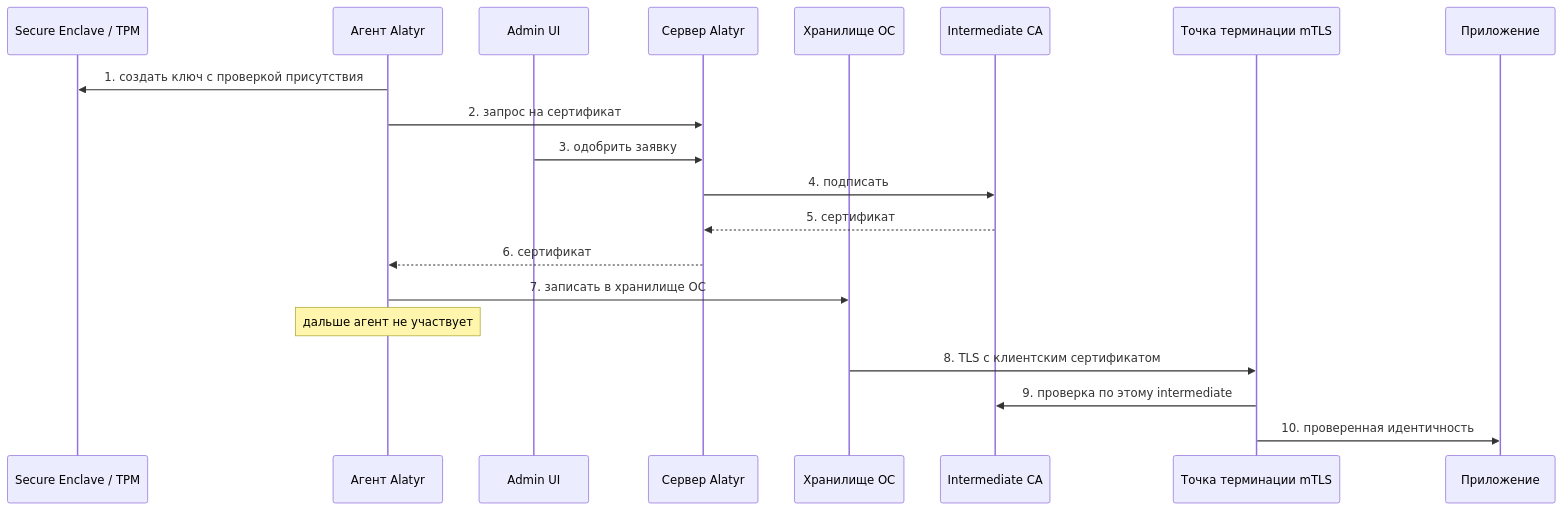
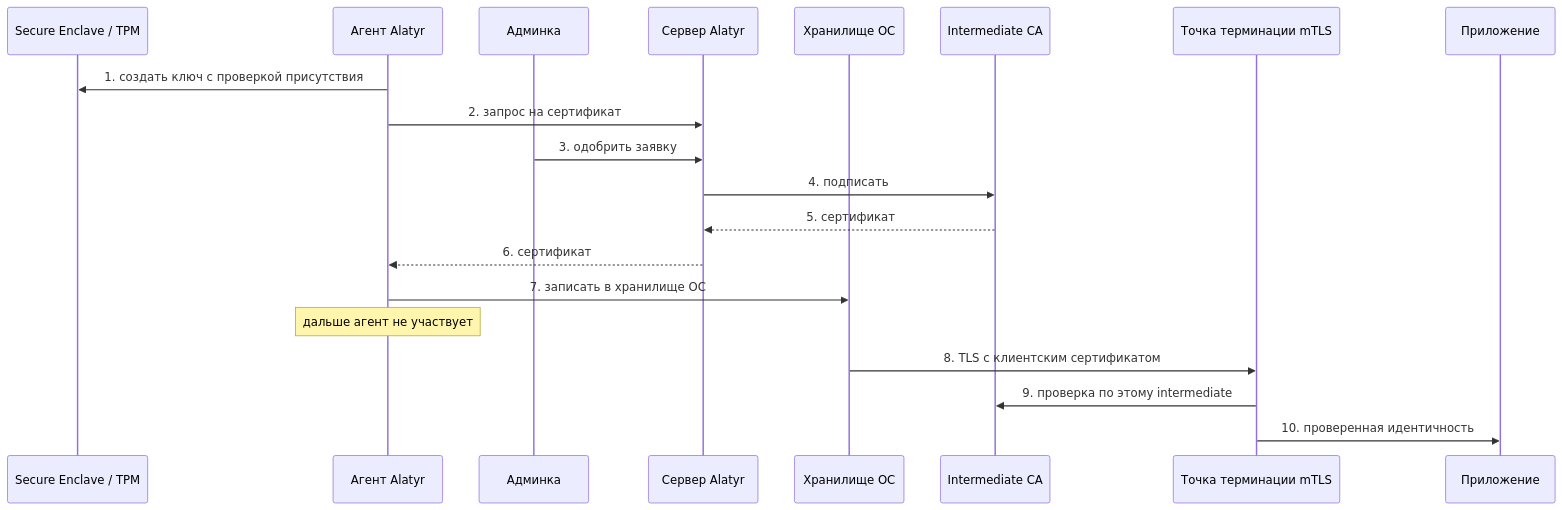
One commit to s3m4rgl/alatyr-docs changed the fourth of 9 diagrams in docs/use-cases.md. Above: the diagram before and after it, drawn with Mermaid. The commit also changed other lines of this file and 6 other files, not shown here.

````diff
--- a/docs/use-cases.md
+++ b/docs/use-cases.md
@@ -219,23 +231,23 @@
 ```mermaid
 sequenceDiagram
     participant HW as Secure Enclave / TPM
     participant Agent as Агент Alatyr
-    participant Admin as Admin UI
+    participant Admin as Админка
     participant Server as Сервер Alatyr
     participant Store as Хранилище ОС
     participant PKI as Intermediate CA
     participant Proxy as Точка терминации mTLS
     participant App as Приложение
 
     Agent->>HW: 1. создать ключ с проверкой присутствия
     Agent->>Server: 2. запрос на сертификат
     Admin->>Server: 3. одобрить заявку
     Server->>PKI: 4. подписать
     PKI-->>Server: 5. сертификат
     Server-->>Agent: 6. сертификат
     Agent->>Store: 7. записать в хранилище ОС
     Note over Agent: дальше агент не участвует
     Store->>Proxy: 8. TLS с клиентским сертификатом
     Proxy->>PKI: 9. проверка по этому intermediate
     Proxy->>App: 10. проверенная идентичность
 ```
````
